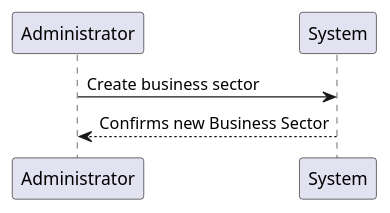
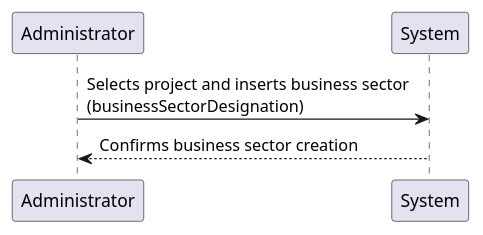
The diagram in docs/modelling_design/user_stories/us008/US008_AddBusinessSectorSSD.puml (ivo-menezes/project_g3), drawn with PlantUML before and after one commit. The commit also changed 7 other files, not shown here.

```diff
--- a/docs/modelling_design/user_stories/us008/US008_AddBusinessSectorSSD.puml
+++ b/docs/modelling_design/user_stories/us008/US008_AddBusinessSectorSSD.puml
@@ -1,8 +1,6 @@
 @startuml
-'https://plantuml.com/sequence-diagram
 
-'Administrator -> System: Requests to add new business sector
-'Administrator <-- System: New business sector added successfully
-Administrator -> System: Create business sector
-Administrator <-- System: Confirms new Business Sector
+Administrator -> System: Selects project and inserts business sector\n(businessSectorDesignation)
+Administrator <-- System: Confirms business sector creation
+
 @enduml
```
